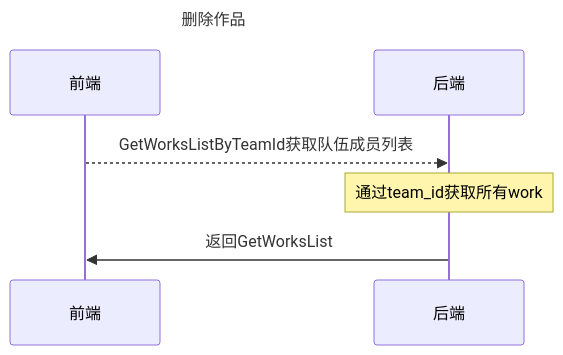
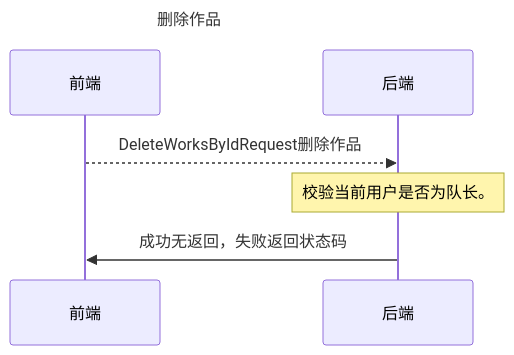
The sixth of 8 diagrams in api/thgamejam/works/WorksApi.md (Thgamejamweb/thgamejam-proto), drawn with Mermaid before and after one commit. The commit also changed other lines of this file, not shown here.

````diff
--- a/api/thgamejam/works/WorksApi.md
+++ b/api/thgamejam/works/WorksApi.md
@@ -63,9 +63,9 @@
 ```mermaid
    sequenceDiagram
     title: 删除作品
     participant 前端
     participant 后端
-    前端-->>后端: GetWorksListByTeamId获取队伍成员列表
-    note over 后端: 通过team_id获取所有work
-    后端->> 前端: 返回GetWorksList
+    前端-->>后端: DeleteWorksByIdRequest删除作品
+    note over 后端: 校验当前用户是否为队长。
+    后端->> 前端: 成功无返回，失败返回状态码
 ```
````
